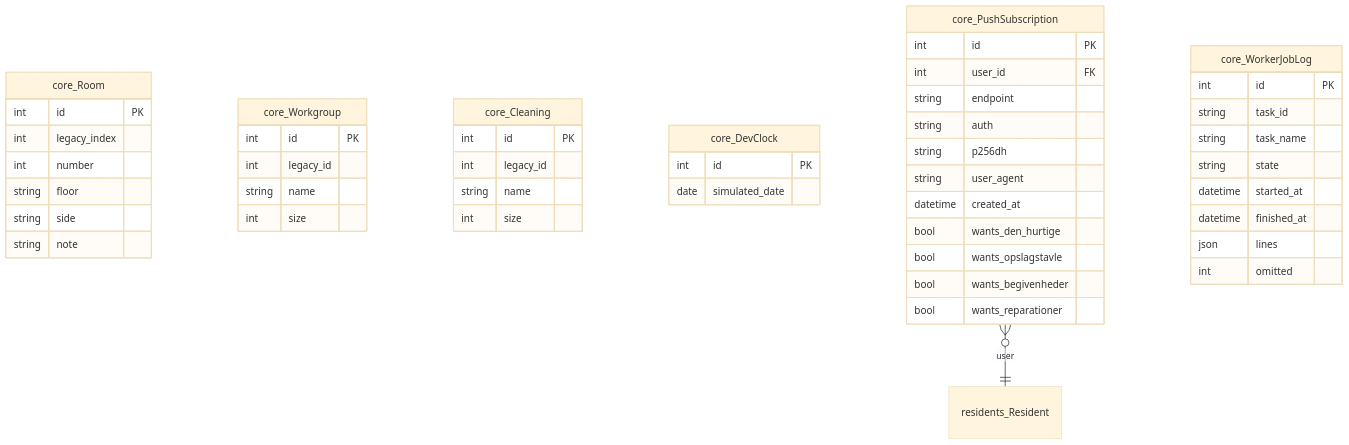
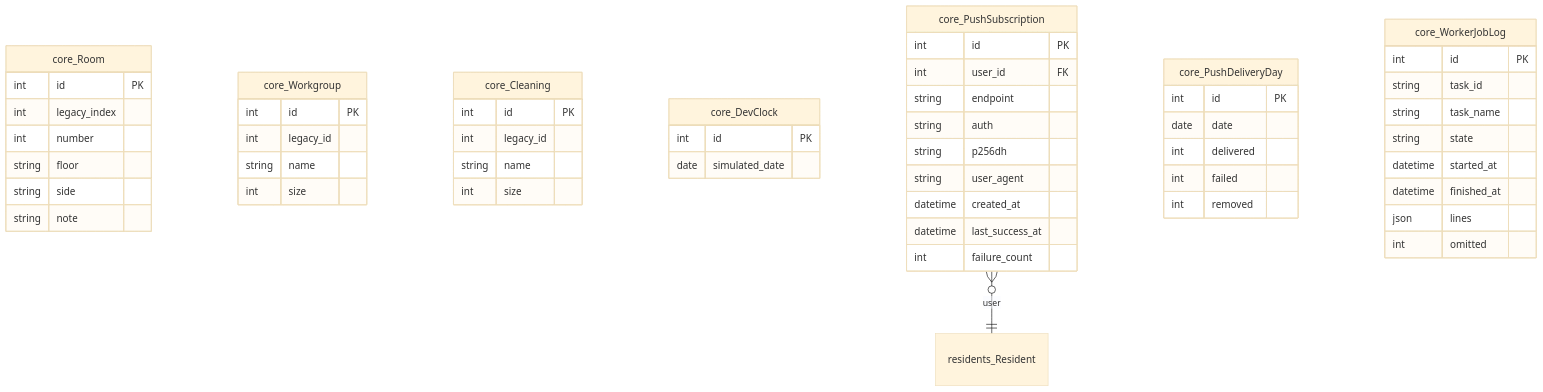
The sixth of 16 diagrams in docs/erd.md (GAHK-org/gahk_intern), drawn with Mermaid (base theme) before and after one commit. The commit also changed other lines of this file and 65 other files, not shown here.

````diff
--- a/docs/erd.md
+++ b/docs/erd.md
@@ -927,59 +963,65 @@
 ```mermaid
 erDiagram
     core_Room {
         int id PK
         int legacy_index
         int number
         string floor
         string side
         string note
     }
 
     core_Workgroup {
         int id PK
         int legacy_id
         string name
         int size
     }
 
     core_Cleaning {
         int id PK
         int legacy_id
         string name
         int size
     }
 
     core_DevClock {
         int id PK
         date simulated_date
     }
 
     core_PushSubscription {
         int id PK
         int user_id FK
         string endpoint
         string auth
         string p256dh
         string user_agent
         datetime created_at
-        bool wants_den_hurtige
-        bool wants_opslagstavle
-        bool wants_begivenheder
-        bool wants_reparationer
+        datetime last_success_at
+        int failure_count
+    }
+
+    core_PushDeliveryDay {
+        int id PK
+        date date
+        int delivered
+        int failed
+        int removed
     }
 
     core_WorkerJobLog {
         int id PK
         string task_id
         string task_name
         string state
         datetime started_at
         datetime finished_at
         json lines
         int omitted
     }
 
     residents_Resident { }
 
     core_PushSubscription }o--|| residents_Resident : "user"
 ```
````
